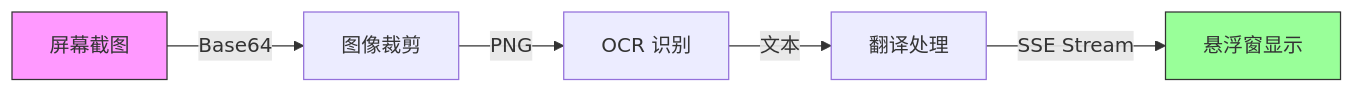
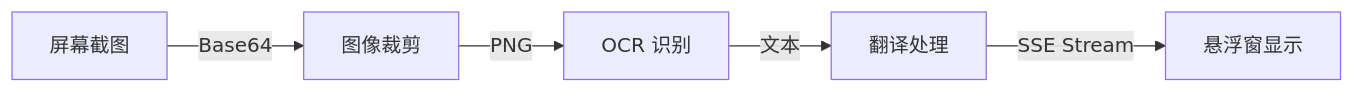
Before and after one commit to GTJasonMK/RSTA: the fourth of 13 diagrams in README.md, drawn with Mermaid. The commit also changed other lines of this file, not shown here.

Commit message:
修改README图表显示bug

````diff
--- a/README.md
+++ b/README.md
@@ -122,10 +119,7 @@
 ```mermaid
-flowchart LR
+graph LR
     A[屏幕截图] -->|Base64| B[图像裁剪]
     B -->|PNG| C[OCR 识别]
     C -->|文本| D[翻译处理]
     D -->|SSE Stream| E[悬浮窗显示]
-
-    style A fill:#f9f,stroke:#333
-    style E fill:#9f9,stroke:#333
 ```
````
